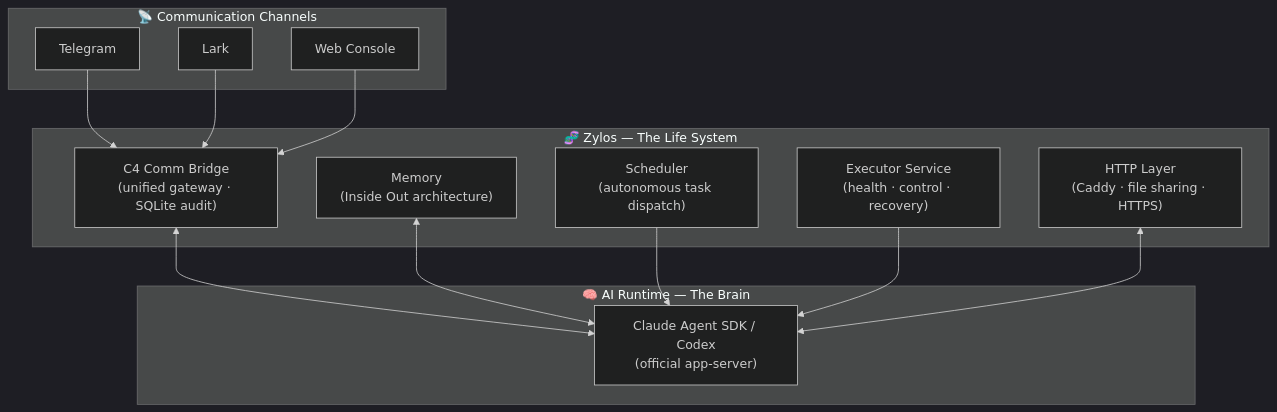
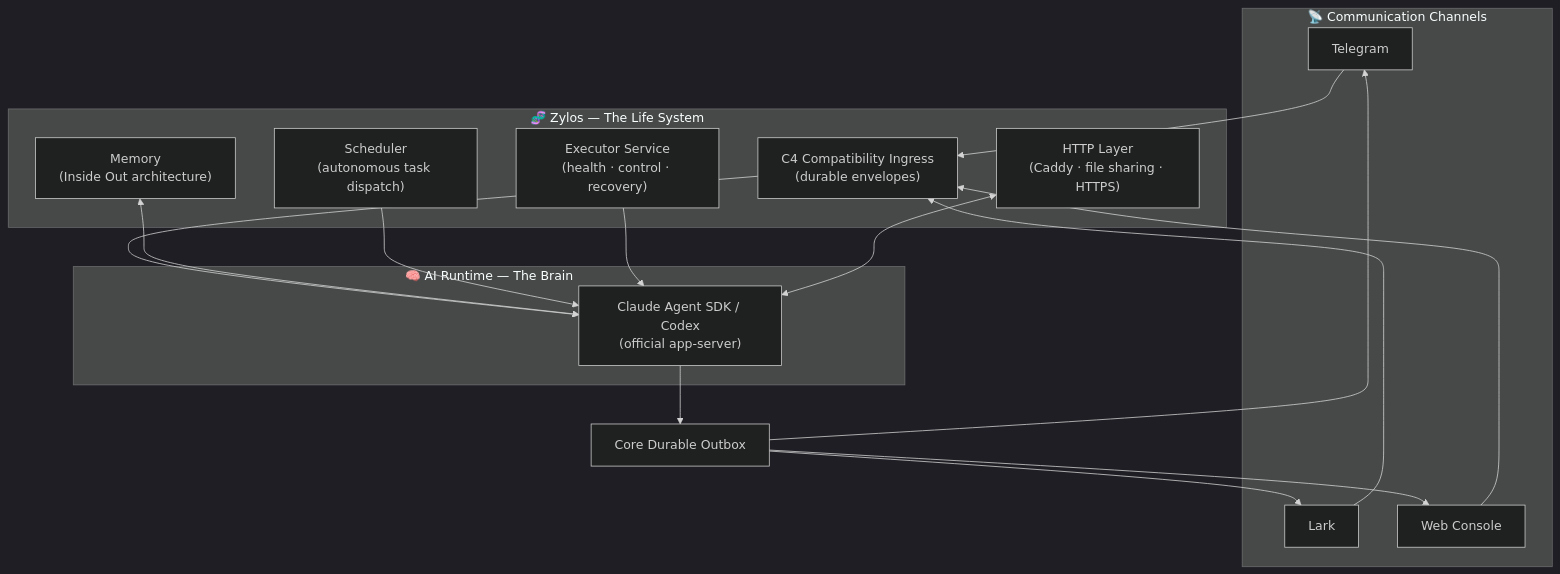
Before and after one commit to YvanJiang/zylos-core: the diagram in README.md, drawn with Mermaid (dark theme). The commit also changed other lines of this file and 45 other files, not shown here.

````diff
--- a/README.md
+++ b/README.md
@@ -202,27 +202,29 @@
 ```mermaid
 graph TB
     subgraph Channels["📡 Communication Channels"]
         TG["Telegram"]
         LK["Lark"]
         WC["Web Console"]
     end
 
     subgraph Zylos["🧬 Zylos — The Life System"]
-        C4["C4 Comm Bridge<br/>(unified gateway · SQLite audit)"]
+        C4["C4 Compatibility Ingress<br/>(durable envelopes)"]
         MEM["Memory<br/>(Inside Out architecture)"]
         SCH["Scheduler<br/>(autonomous task dispatch)"]
         AM["Executor Service<br/>(health · control · recovery)"]
         HTTP["HTTP Layer<br/>(Caddy · file sharing · HTTPS)"]
     end
 
     subgraph Brain["🧠 AI Runtime — The Brain"]
         CC["Claude Agent SDK / Codex<br/>(official app-server)"]
     end
 
     TG & LK & WC --> C4
-    C4 <--> CC
+    C4 --> CC
+    CC --> C4OUT["Core Durable Outbox"]
+    C4OUT --> TG & LK & WC
     MEM <--> CC
     SCH --> CC
     AM --> CC
     HTTP <--> CC
 ```
````
